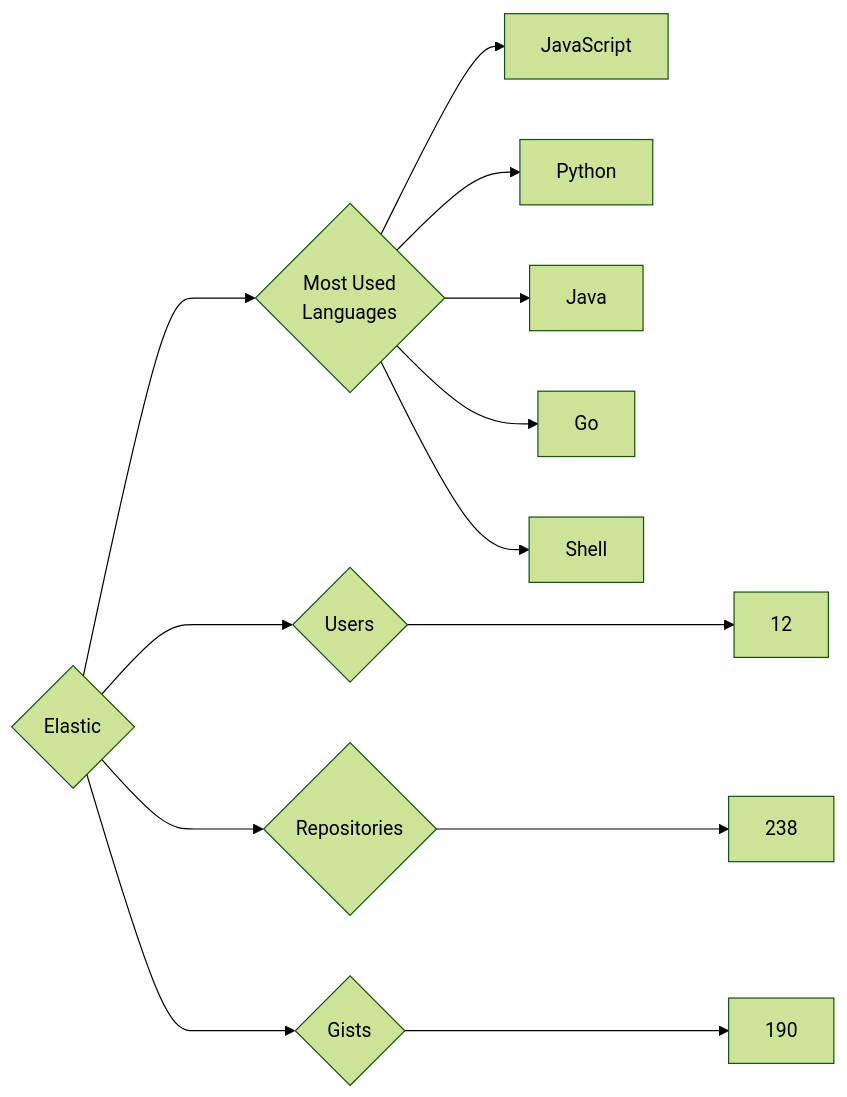
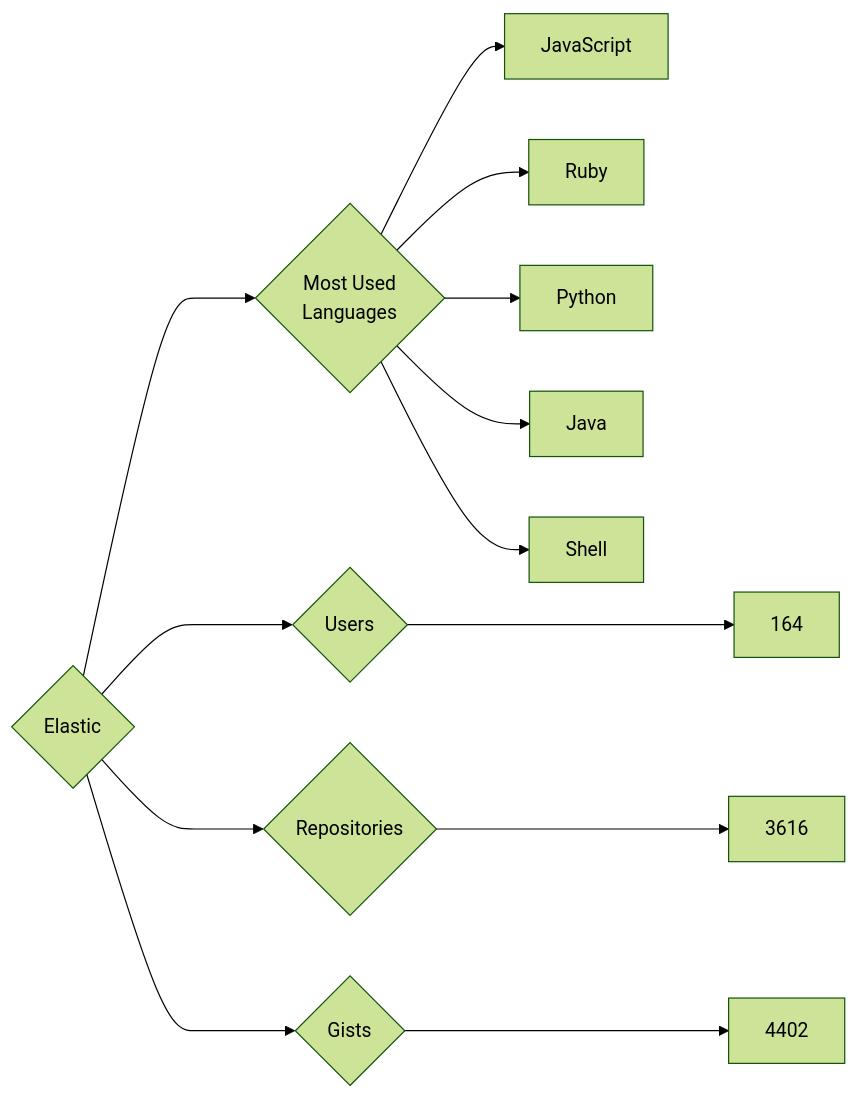
The diagram in targets/Elastic/README.md (trickest/insiders), drawn with Mermaid (forest theme) before and after one commit. The commit also changed 545 other files, not shown here.

````diff
--- a/targets/Elastic/README.md
+++ b/targets/Elastic/README.md
@@ -3,13 +3,13 @@
 ```mermaid
 graph LR
 COMPANY_NAME{Elastic}
-COMPANY_NAME ---> U{Users} ---> UN[12]
-COMPANY_NAME ---> R{Repositories} ---> RN[238]
-COMPANY_NAME ---> G{Gists} ---> GN[190]
+COMPANY_NAME ---> U{Users} ---> UN[164]
+COMPANY_NAME ---> R{Repositories} ---> RN[3616]
+COMPANY_NAME ---> G{Gists} ---> GN[4402]
 COMPANY_NAME ---> ML{Most Used<br>Languages}
 ML --> JavaScript[JavaScript]
+ML --> Ruby[Ruby]
 ML --> Python[Python]
 ML --> Java[Java]
-ML --> Go[Go]
 ML --> Shell[Shell]
 ```
````
